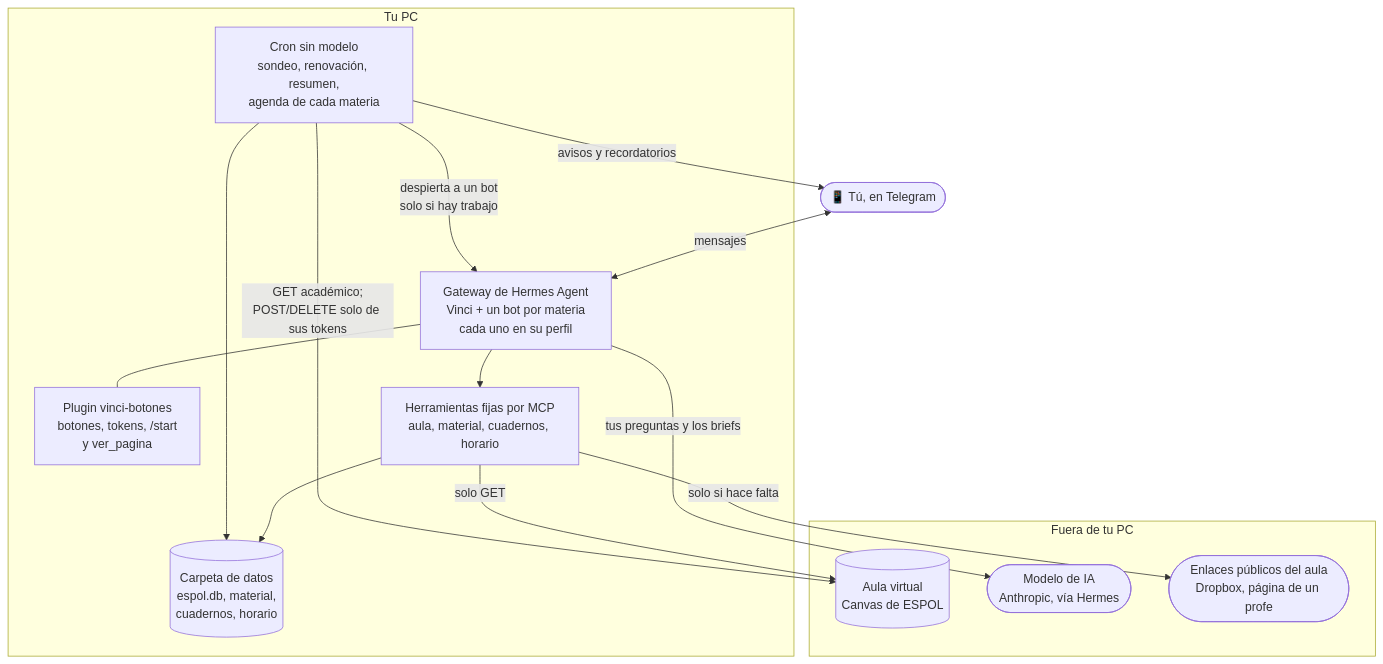
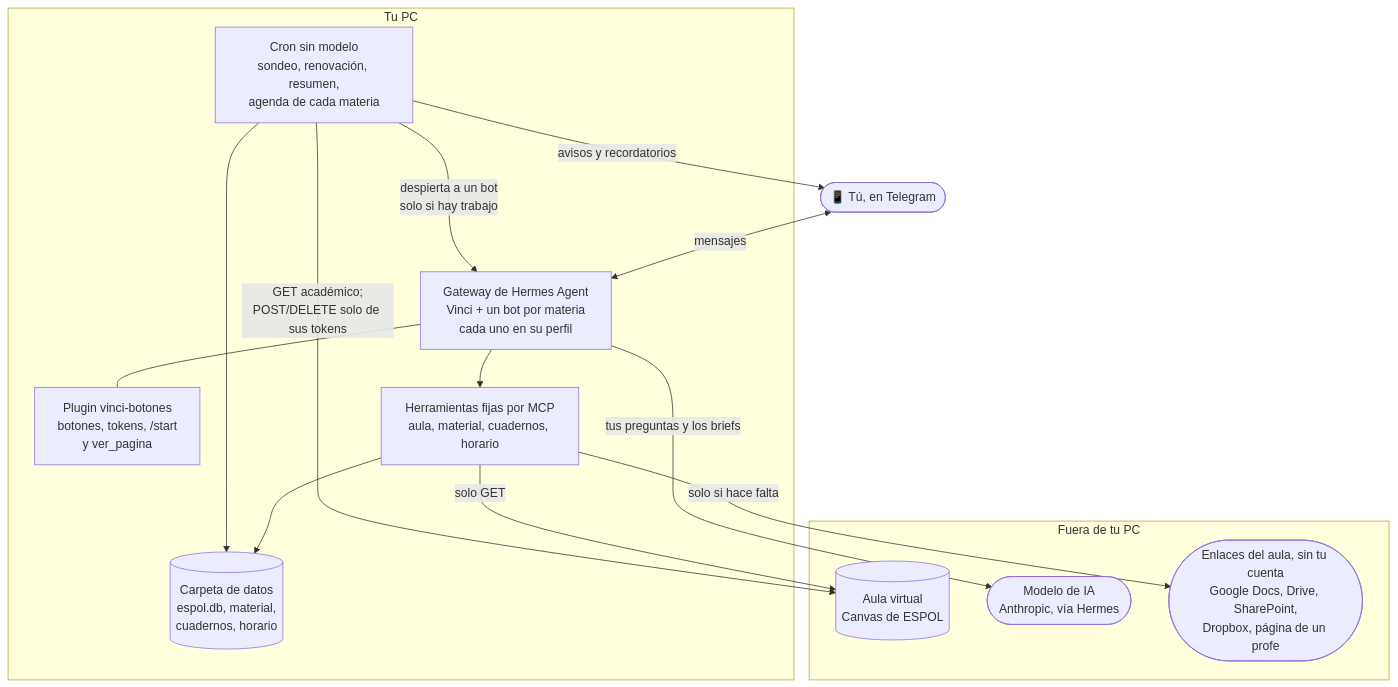
One commit to SebasB76/vinci changed the diagram in README.md. Above: the diagram before and after it, drawn with Mermaid. The commit also changed other lines of this file and 23 other files, not shown here.

First line of the commit message:
feat: open Google Docs, Drive and SharePoint links without a login

````diff
--- a/README.md
+++ b/README.md
@@ -68,30 +68,30 @@
 ```mermaid
 flowchart TB
     you(["📱 Tú, en Telegram"])
 
     subgraph pc["Tu PC"]
         cron["Cron sin modelo<br/>sondeo, renovación, resumen,<br/>agenda de cada materia"]
         gateway["Gateway de Hermes Agent<br/>Vinci + un bot por materia<br/>cada uno en su perfil"]
         plugin["Plugin vinci-botones<br/>botones, tokens, /start<br/>y ver_pagina"]
         tools["Herramientas fijas por MCP<br/>aula, material, cuadernos, horario"]
         data[("Carpeta de datos<br/>espol.db, material,<br/>cuadernos, horario")]
         cron -->|despierta a un bot<br/>solo si hay trabajo| gateway
         gateway --- plugin
         gateway --> tools
         cron --> data
         tools --> data
     end
 
     subgraph out["Fuera de tu PC"]
         canvas[("Aula virtual<br/>Canvas de ESPOL")]
         llm(["Modelo de IA<br/>Anthropic, vía Hermes"])
-        web(["Enlaces públicos del aula<br/>Dropbox, página de un profe"])
+        web(["Enlaces del aula, sin tu cuenta<br/>Google Docs, Drive, SharePoint,<br/>Dropbox, página de un profe"])
     end
 
     you <-->|mensajes| gateway
     cron -->|avisos y recordatorios| you
     cron -->|GET académico;<br/>POST/DELETE solo de sus tokens| canvas
     tools -->|solo GET| canvas
     gateway -->|tus preguntas y los briefs| llm
     tools -->|solo si hace falta| web
 ```
````
